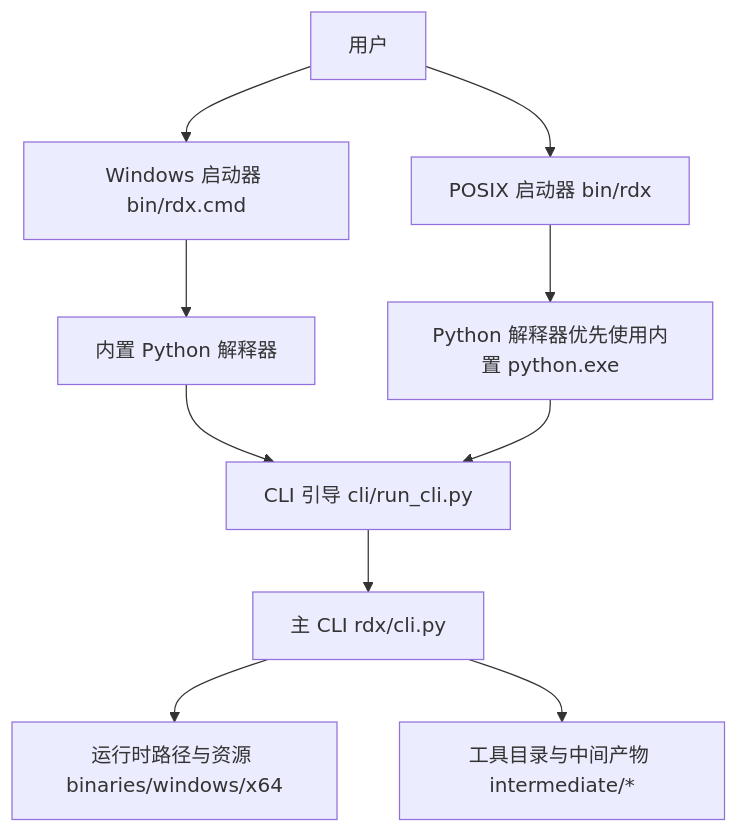
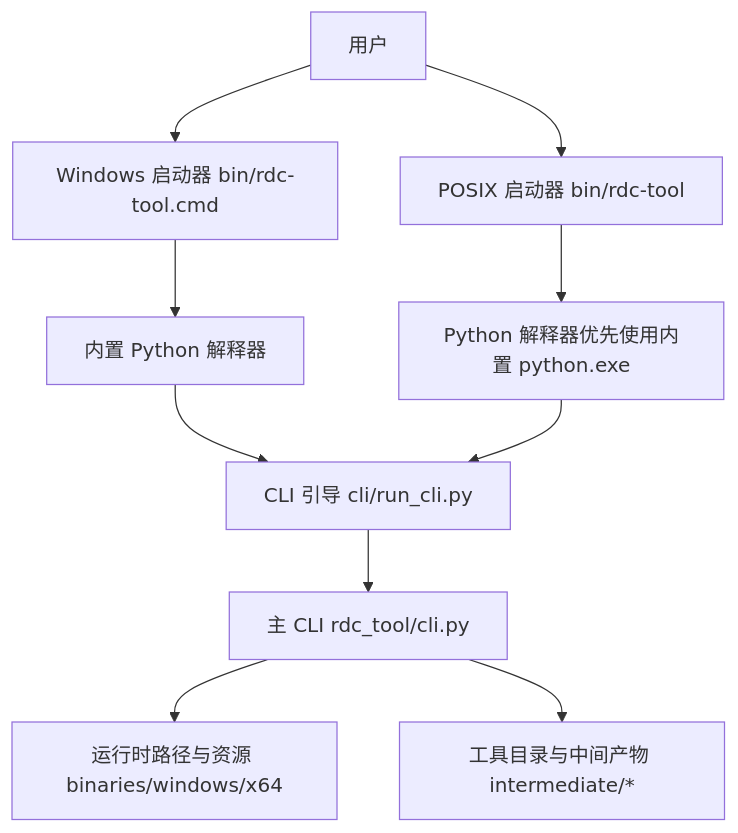
Before and after one commit to haolange/RDC-Tool: the first of 3 diagrams in .qoder/repowiki/zh/content/快速开始.md, drawn with Mermaid. The commit also changed other lines of this file and 388 other files, not shown here.

First line of the commit message:
Release RDC-Tool identity and public maintenance surface

````diff
--- a/.qoder/repowiki/zh/content/快速开始.md
+++ b/.qoder/repowiki/zh/content/快速开始.md
@@ -59,12 +59,12 @@
 ```mermaid
 graph TB
-A["用户"] --> B["Windows 启动器 bin/rdx.cmd"]
-A --> C["POSIX 启动器 bin/rdx"]
+A["用户"] --> B["Windows 启动器 bin/rdc-tool.cmd"]
+A --> C["POSIX 启动器 bin/rdc-tool"]
 B --> D["内置 Python 解释器"]
 C --> E["Python 解释器优先使用内置 python.exe"]
 D --> F["CLI 引导 cli/run_cli.py"]
 E --> F
-F --> G["主 CLI rdx/cli.py"]
+F --> G["主 CLI rdc_tool/cli.py"]
 G --> H["运行时路径与资源 binaries/windows/x64"]
 G --> I["工具目录与中间产物 intermediate/*"]
 ```
````
